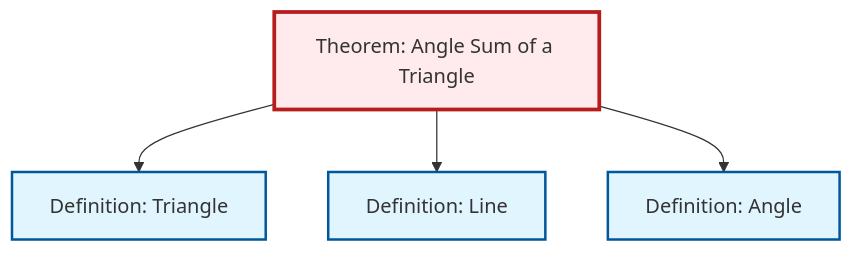
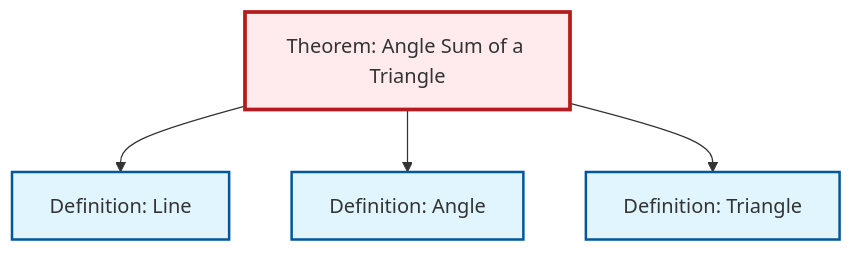
Before and after one commit to RK0429/ModernMath: the diagram in content/ja/geometry/thm-angle-sum-triangle.qmd, drawn with Mermaid. The commit also changed other lines of this file and 530 other files, not shown here.

````diff
--- a/content/ja/geometry/thm-angle-sum-triangle.qmd
+++ b/content/ja/geometry/thm-angle-sum-triangle.qmd
@@ -58,20 +58,20 @@
 ```{mermaid}
 %%| fig-cap: "Local dependency graph"
 graph TD
     classDef definition fill:#e1f5fe,stroke:#01579b,stroke-width:2px
     classDef theorem fill:#f3e5f5,stroke:#4a148c,stroke-width:2px
     classDef axiom fill:#fff3e0,stroke:#e65100,stroke-width:2px
     classDef example fill:#e8f5e9,stroke:#1b5e20,stroke-width:2px
     classDef current fill:#ffebee,stroke:#b71c1c,stroke-width:3px
+    thm-angle-sum-triangle["Theorem: Angle Sum of a Triangle"]:::theorem
+    def-triangle["Definition: Triangle"]:::definition
+    def-line["Definition: Line"]:::definition
     def-angle["Definition: Angle"]:::definition
-    thm-angle-sum-triangle["Theorem: Angle Sum of a Triangle"]:::theorem
-    def-line["Definition: Line"]:::definition
-    def-triangle["Definition: Triangle"]:::definition
-    thm-angle-sum-triangle --> def-triangle
     thm-angle-sum-triangle --> def-line
     thm-angle-sum-triangle --> def-angle
+    thm-angle-sum-triangle --> def-triangle
     class thm-angle-sum-triangle current
+    click def-triangle "def-triangle.html" "Definition: Triangleへ"
+    click def-line "def-line.html" "Definition: Lineへ"
     click def-angle "def-angle.html" "Definition: Angleへ"
-    click def-line "def-line.html" "Definition: Lineへ"
-    click def-triangle "def-triangle.html" "Definition: Triangleへ"
 ```
````
